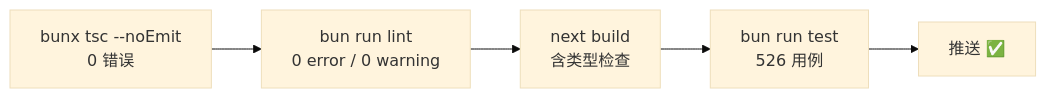
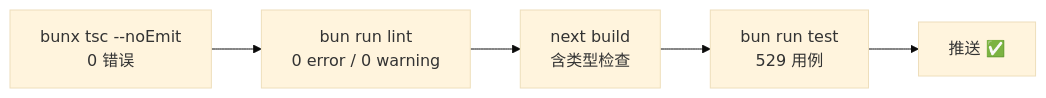
Before and after one commit to YYC-Cube/YYC3-Baby-MoYu: the diagram in docs/developer/07-testing-quality.md, drawn with Mermaid (base theme). The commit also changed other lines of this file and 8 other files, not shown here.

````diff
--- a/docs/developer/07-testing-quality.md
+++ b/docs/developer/07-testing-quality.md
@@ -5,4 +5,4 @@
 ```mermaid
 flowchart LR
-    T["bunx tsc --noEmit<br/>0 错误"] --> L["bun run lint<br/>0 error / 0 warning"] --> B["next build<br/>含类型检查"] --> U["bun run test<br/>526 用例"] --> P["推送 ✅"]
+    T["bunx tsc --noEmit<br/>0 错误"] --> L["bun run lint<br/>0 error / 0 warning"] --> B["next build<br/>含类型检查"] --> U["bun run test<br/>529 用例"] --> P["推送 ✅"]
 ```
````
